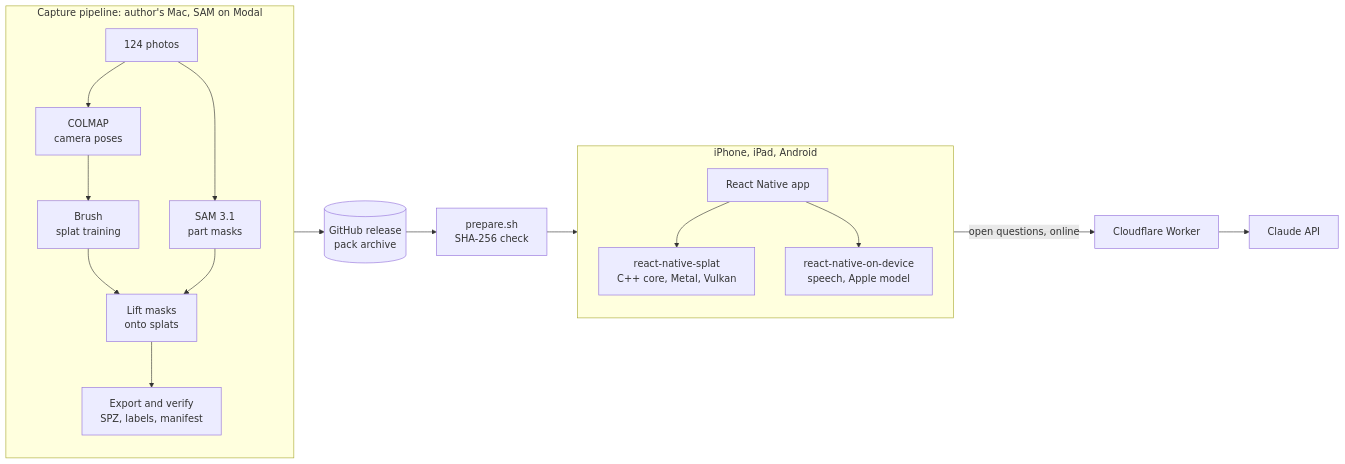
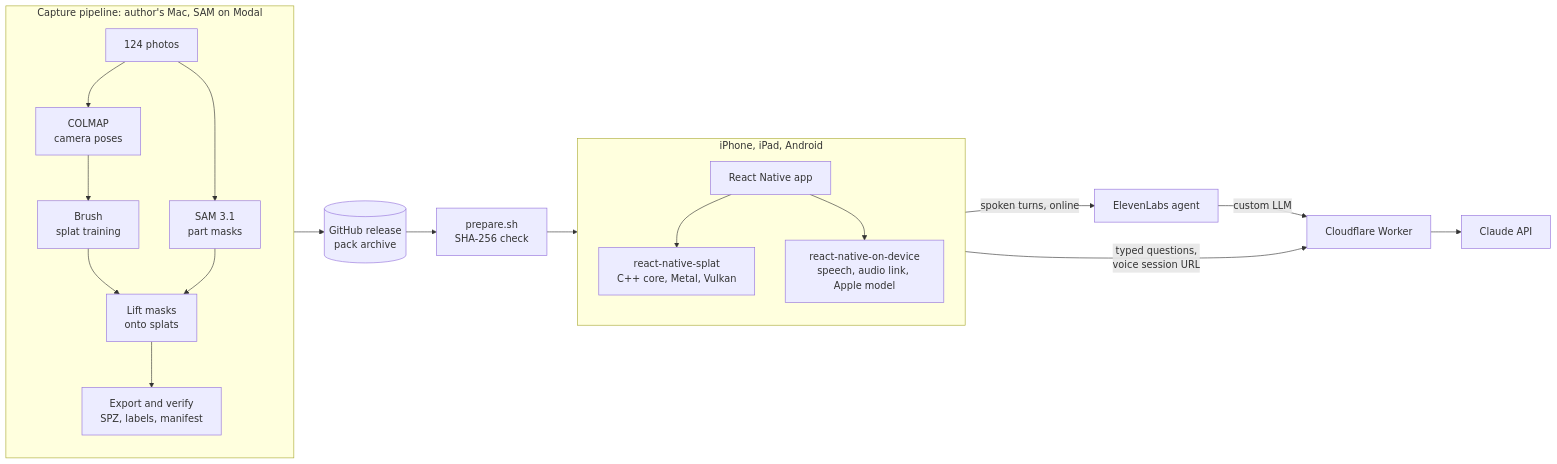
One commit to Xget7/splat-field-guide changed the first of 4 diagrams in README.md. Above: the diagram before and after it, drawn with Mermaid. The commit also changed other lines of this file and 3 other files, not shown here.

````diff
--- a/README.md
+++ b/README.md
@@ -17,22 +17,24 @@
 ```mermaid
 flowchart LR
   subgraph Pipeline["Capture pipeline: author's Mac, SAM on Modal"]
     direction TB
     photos["124 photos"] --> colmap["COLMAP<br/>camera poses"]
     colmap --> brush["Brush<br/>splat training"]
     photos --> sam["SAM 3.1<br/>part masks"]
     brush --> lift["Lift masks<br/>onto splats"]
     sam --> lift
     lift --> export["Export and verify<br/>SPZ, labels, manifest"]
   end
   export --> release[("GitHub release<br/>pack archive")]
   release --> prepare["prepare.sh<br/>SHA-256 check"]
   subgraph Device["iPhone, iPad, Android"]
     direction TB
     app["React Native app"] --> splat["react-native-splat<br/>C++ core, Metal, Vulkan"]
-    app --> ondevice["react-native-on-device<br/>speech, Apple model"]
+    app --> ondevice["react-native-on-device<br/>speech, audio link, Apple model"]
   end
   prepare --> app
-  app -->|"open questions, online"| worker["Cloudflare Worker"]
+  app -->|"typed questions,<br/>voice session URL"| worker["Cloudflare Worker"]
+  app -->|"spoken turns, online"| agent["ElevenLabs agent"]
+  agent -->|"custom LLM"| worker
   worker --> claude["Claude API"]
 ```
````
